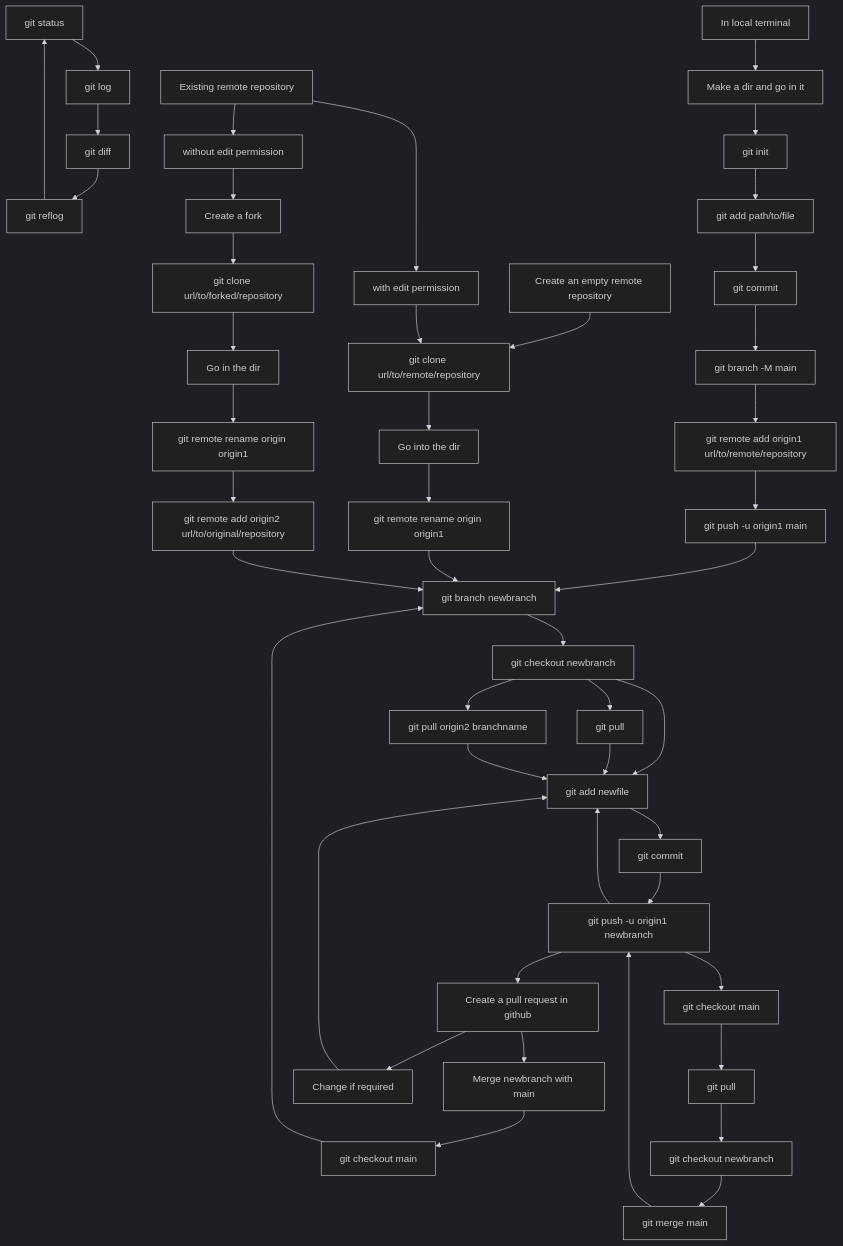
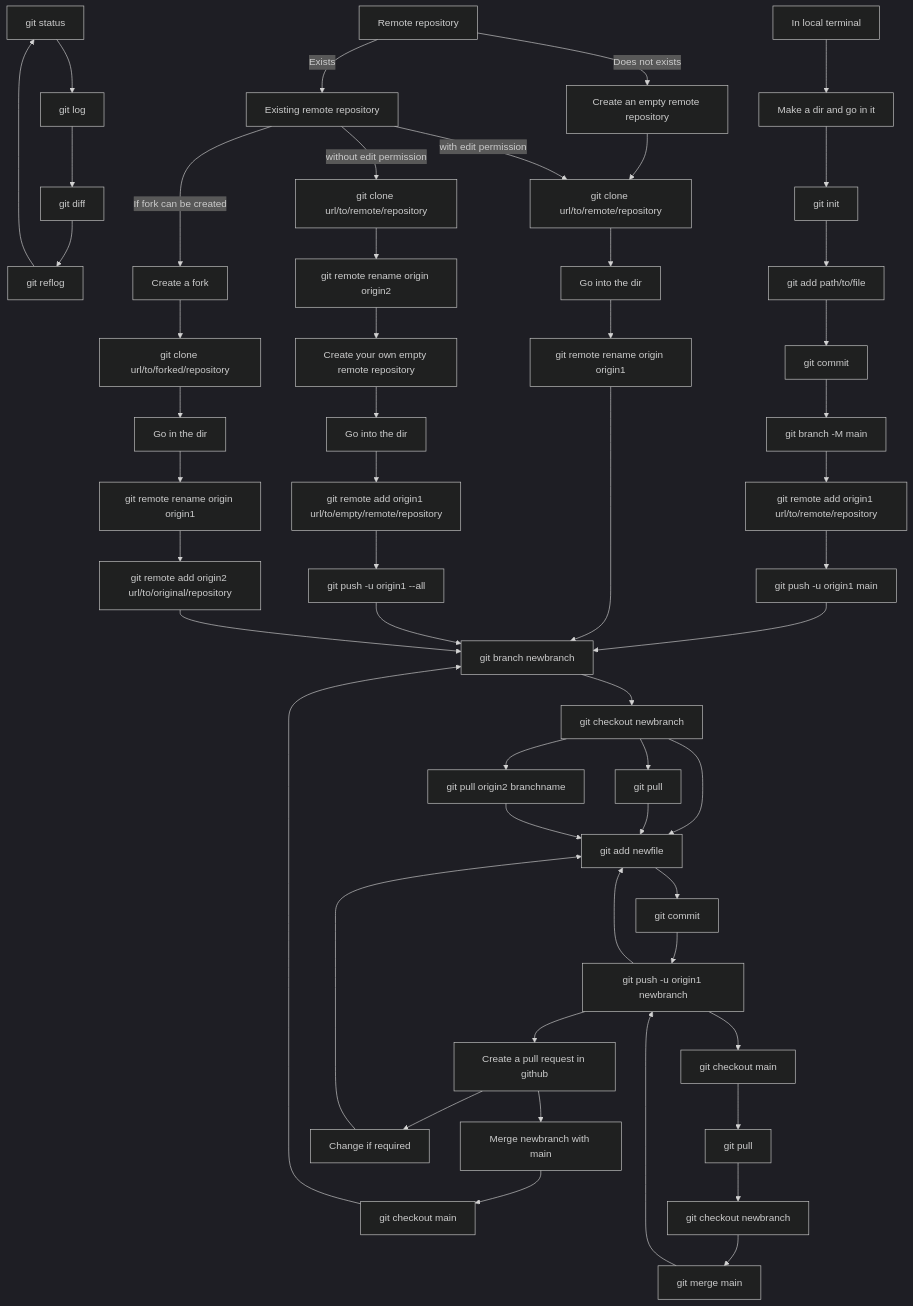
The diagram in README.md (suryamondal/useful_git_commands), drawn with Mermaid (dark theme) before and after one commit.

````diff
--- a/README.md
+++ b/README.md
@@ -16,19 +16,25 @@
 ```mermaid
 graph TD;
     id17[git status]-->id18[git log]-->id5[git diff]-->id36[git reflog]-->id17;
     id0[In local terminal]-->id1[Make a dir and go in it]-->id2[git init]-->id3[git add path/to/file]-->id4[git commit]-->id6[git branch -M main];
     id6-->id7[git remote add origin1 url/to/remote/repository]-->id8[git push -u origin1 main];
     id8-->id9[git branch newbranch]-->id10[git checkout newbranch]-->id11[git add newfile]-->id12[git commit]-->id13[git push -u origin1 newbranch];
     id13-->id11;
     id13-->id14[Create a pull request in github]-->id15[Merge newbranch with main]-->id19[git checkout main]-->id9;
     id14-->id16[Change if required]-->id11;
     id10-->id35[git pull]-->id11;
     id10-->id34[git pull origin2 branchname]-->id11;
     id41[Create an empty remote repository]-->id20[git clone url/to/remote/repository]-->id21[Go into the dir]
     id21-->id26[git remote rename origin origin1]-->id9;
-    id43[Existing remote repository]-->id40[without edit permission]-->id22;
-    id43-->id44[with edit permission]-->id20;
+    id60[Remote repository]--Exists-->id43;
+    id60--Does not exists-->id41;
+    id43[Existing remote repository]--If fork can be created-->id22;
+    id43--without edit permission-->id50[git clone url/to/remote/repository]-->id55[git remote rename origin origin2];
+    id55-->id51[Create your own empty remote repository]-->id54[Go into the dir];
+    id54-->id52[git remote add origin1 url/to/empty/remote/repository]-->id53[git push -u origin1 --all]-->id9;
+    %% id53-->id54[];
+    id43--with edit permission-->id20;
     id22[Create a fork]-->id23[git clone url/to/forked/repository]-->id24[Go in the dir]-->id25[git remote rename origin origin1];
     id25-->id27[git remote add origin2 url/to/original/repository]-->id9;
     id13-->id30[git checkout main]-->id31[git pull]-->id32[git checkout newbranch]-->id33[git merge main]-->id13;
 ```
````
